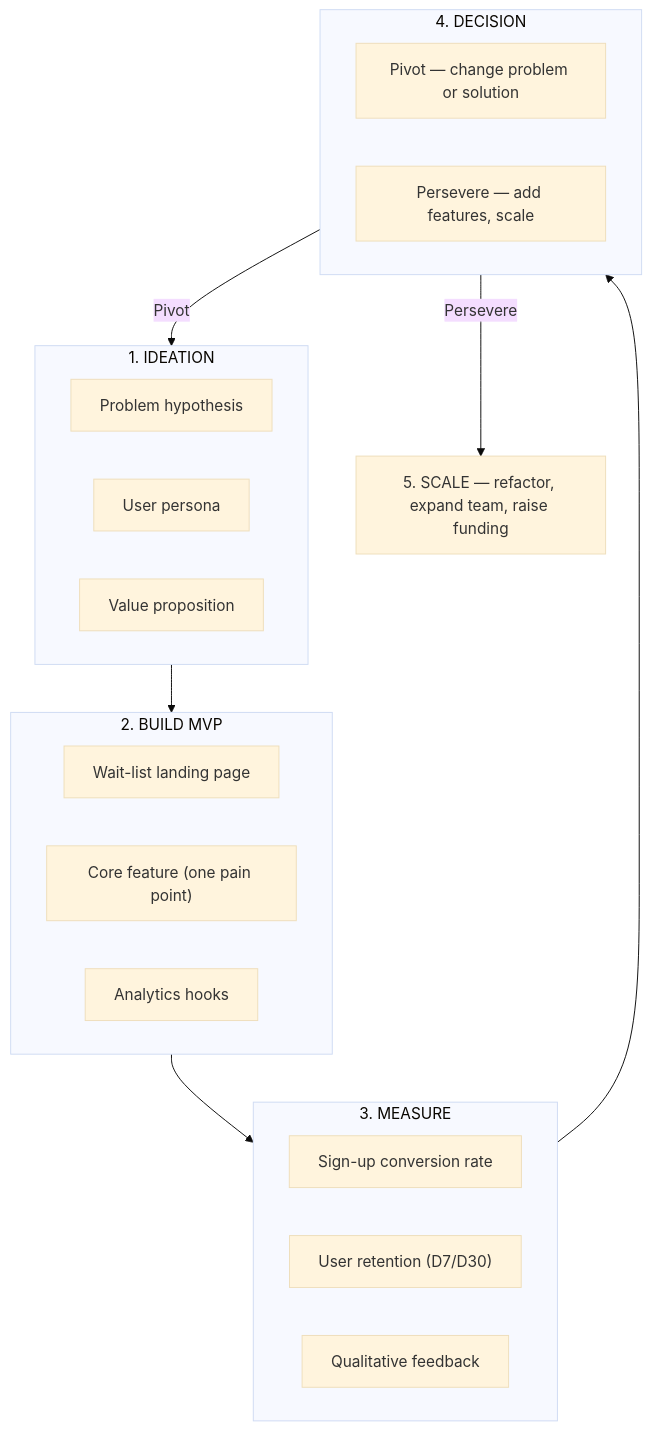
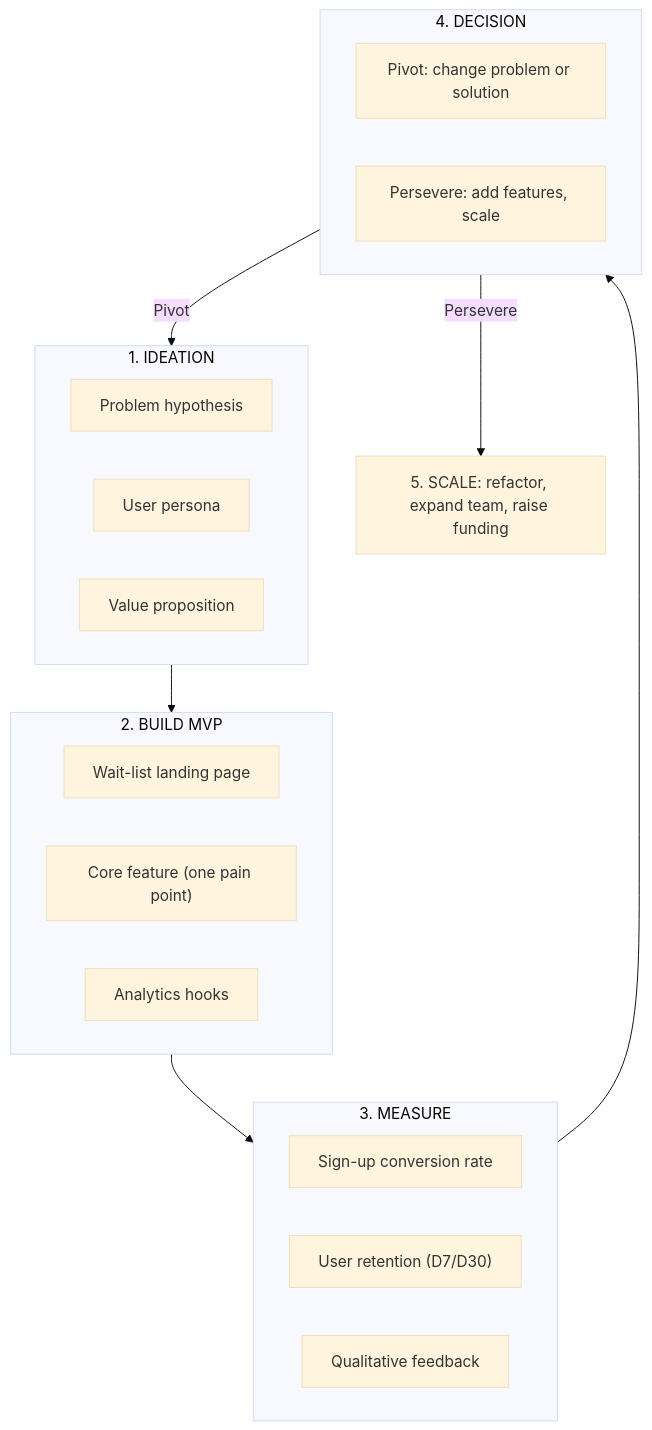
One commit to se-polinema/se-polinema.github.io changed the diagram in src/content/blog/se-engineering-for-startup-tools-mvp-php.md. Above: the diagram before and after it, drawn with Mermaid (base theme). The commit also changed other lines of this file and 156 other files, not shown here.

````diff
--- a/src/content/blog/se-engineering-for-startup-tools-mvp-php.md
+++ b/src/content/blog/se-engineering-for-startup-tools-mvp-php.md
@@ -119,31 +119,31 @@
 ```mermaid
 graph TB
     subgraph IDEATION["1. IDEATION"]
         I1["Problem hypothesis"]
         I2["User persona"]
         I3["Value proposition"]
     end
 
     subgraph BUILD["2. BUILD MVP"]
         B1["Wait-list landing page"]
         B2["Core feature (one pain point)"]
         B3["Analytics hooks"]
     end
 
     subgraph MEASURE["3. MEASURE"]
         M1["Sign-up conversion rate"]
         M2["User retention (D7/D30)"]
         M3["Qualitative feedback"]
     end
 
     subgraph DECIDE["4. DECISION"]
-        D1["Pivot — change problem or solution"]
-        D2["Persevere — add features, scale"]
+        D1["Pivot: change problem or solution"]
+        D2["Persevere: add features, scale"]
     end
 
     IDEATION --> BUILD
     BUILD --> MEASURE
     MEASURE --> DECIDE
     DECIDE -->|"Pivot"| IDEATION
-    DECIDE -->|"Persevere"| SCALE["5. SCALE — refactor, expand team, raise funding"]
+    DECIDE -->|"Persevere"| SCALE["5. SCALE: refactor, expand team, raise funding"]
 ```
````
